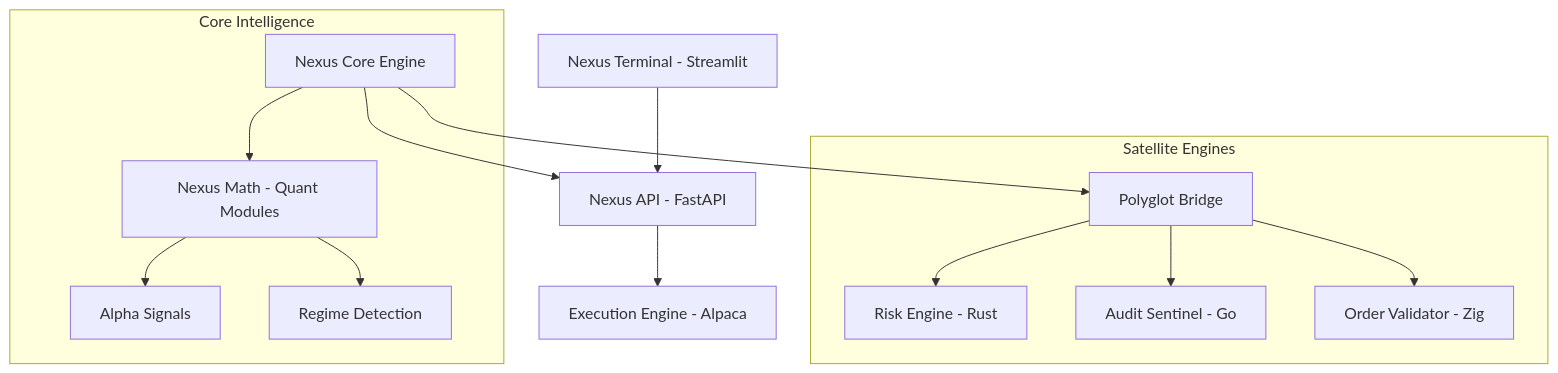
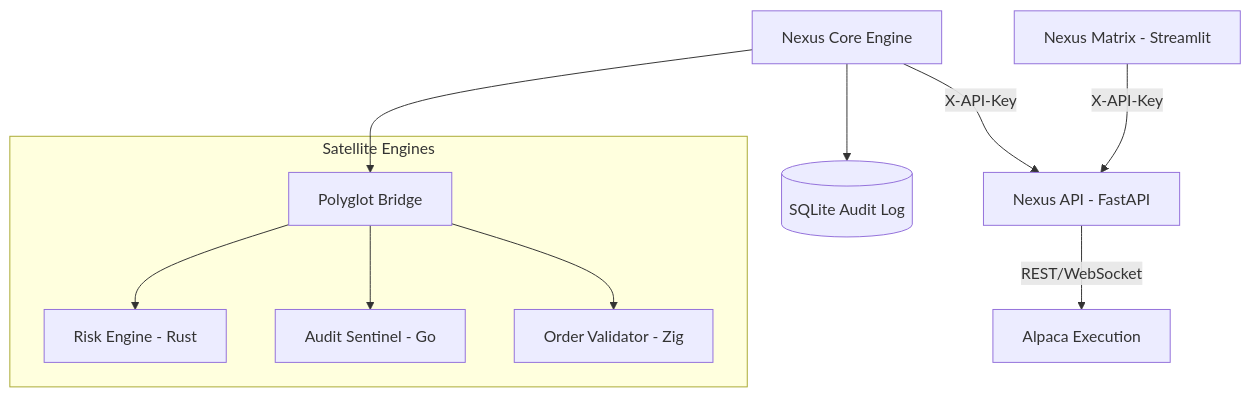
One commit to Monkey0-9/alpha-juinor changed the diagram in README.md. Above: the diagram before and after it, drawn with Mermaid. The commit also changed other lines of this file and 30 other files, not shown here.

````diff
--- a/README.md
+++ b/README.md
@@ -9,19 +9,14 @@
 ```mermaid
 graph TD
-    UI[Nexus Terminal - Streamlit] --> API[Nexus API - FastAPI]
-    API --> EXEC[Execution Engine - Alpaca]
-    ENG[Nexus Core Engine] --> API
+    UI[Nexus Matrix - Streamlit] -- X-API-Key --> API[Nexus API - FastAPI]
+    API -- REST/WebSocket --> EXEC[Alpaca Execution]
+    ENG[Nexus Core Engine] -- X-API-Key --> API
+    ENG --> DB[(SQLite Audit Log)]
     ENG --> BRIDGE[Polyglot Bridge]
     
     subgraph "Satellite Engines"
     BRIDGE --> RUST[Risk Engine - Rust]
     BRIDGE --> GO[Audit Sentinel - Go]
     BRIDGE --> ZIG[Order Validator - Zig]
     end
-
-    subgraph "Core Intelligence"
-    ENG --> MATH[Nexus Math - Quant Modules]
-    MATH --> SIG[Alpha Signals]
-    MATH --> REG[Regime Detection]
-    end
 ```
````
